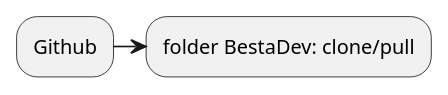
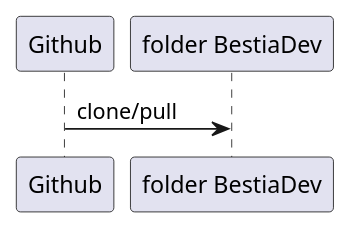
Before and after one commit to CRUSTDE-ContainerizedRustDevEnv/windows_reinstall: the diagram in images/folder_bestiadev_github_v3.plantuml, drawn with PlantUML.

Commit message:
plantuml

```diff
--- a/images/folder_bestiadev_github_v3.plantuml
+++ b/images/folder_bestiadev_github_v3.plantuml
@@ -1,4 +1,4 @@
 @startuml name folder_bestiadev_github_v3
 ' make backup from github with git clone and git pull
-Github -> folder BestaDev: clone/pull
+Github -> "folder BestiaDev": clone/pull
 @enduml
```
